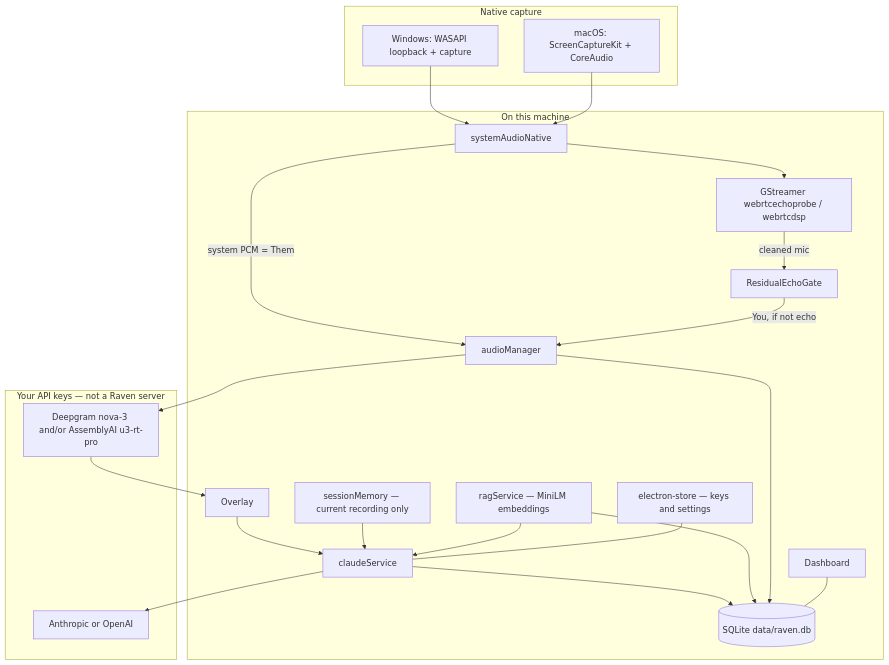
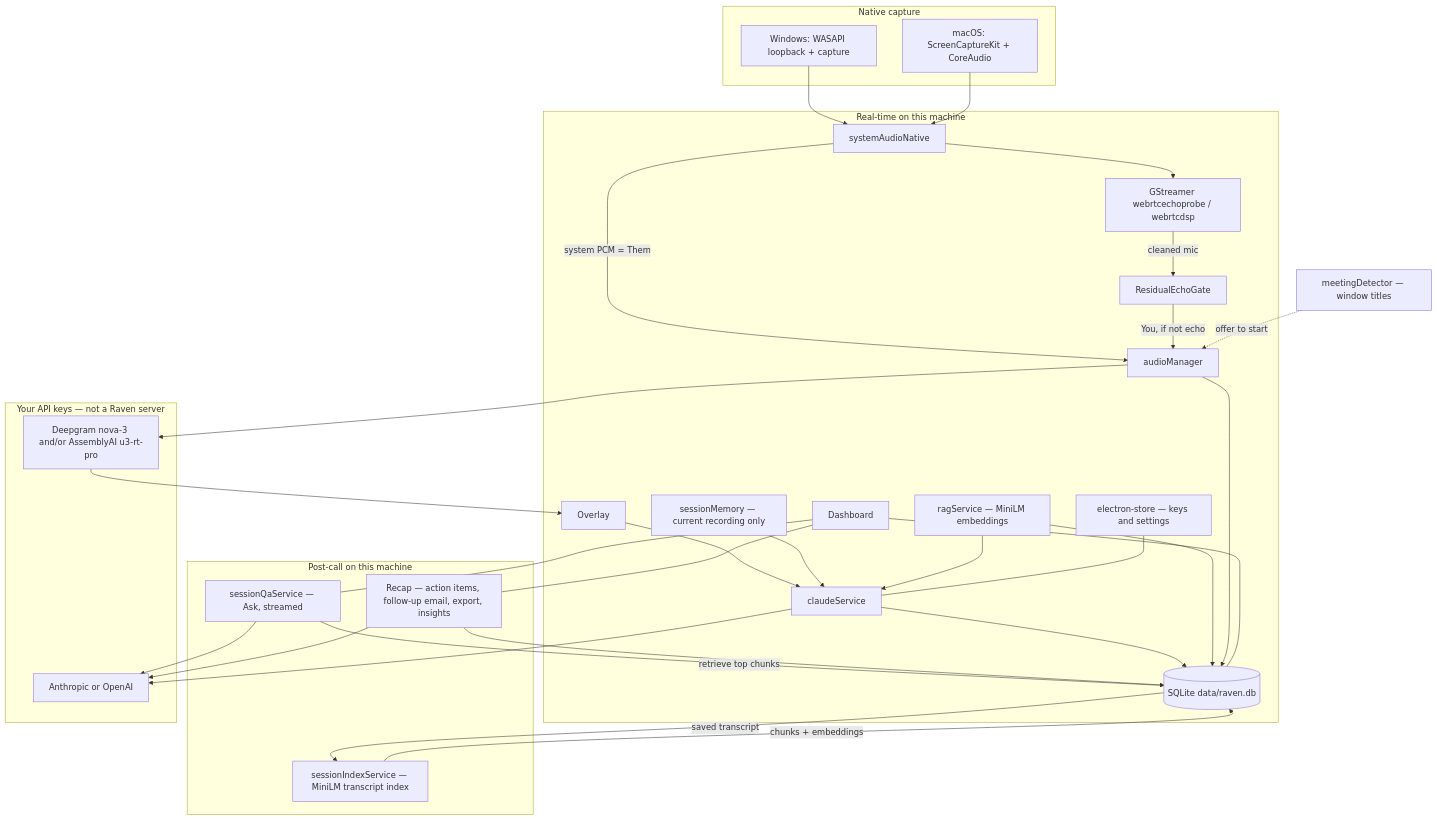
The diagram in README.md (Laxcorp-Research/project-raven), drawn with Mermaid before and after one commit. The commit also changed other lines of this file, not shown here.

Commit message:
docs(readme): document 2.4.x features and extend the architecture diagram
- Features: add Ask (per-session + across all, streamed, saved/multi-chat),
  post-call recap (action items, follow-up email, talk ratio, export), meeting
  auto-start, and in-app updates.
- Update behavior: note macOS self-updates in-app from 2.4.1 (like Windows).
- Architecture: extend the mermaid with the post-call layer (sessionIndexService
  MiniLM index, sessionQaService Ask, recap) and the meetingDetector auto-start
  edge; drop the stale static PNG that only showed capture. Add the Ask index /
  conversations rows to the memory table and the new services to the tree.

readmeAccuracy suite still green (7/7).

````diff
--- a/README.md
+++ b/README.md
@@ -119,44 +123,59 @@
 ```mermaid
 flowchart TB
   subgraph capture [Native capture]
     Win["Windows: WASAPI loopback + capture"]
     Mac["macOS: ScreenCaptureKit + CoreAudio"]
   end
 
-  subgraph local [On this machine]
+  subgraph local [Real-time on this machine]
     SAN[systemAudioNative]
     AEC["GStreamer webrtcechoprobe / webrtcdsp"]
     REG[ResidualEchoGate]
     AM[audioManager]
     RAG["ragService — MiniLM embeddings"]
     MEM["sessionMemory — current recording only"]
     CS[claudeService]
     DB[("SQLite data/raven.db")]
     CFG["electron-store — keys and settings"]
     OV[Overlay]
     Dash[Dashboard]
+  end
+
+  subgraph postcall [Post-call on this machine]
+    SIDX["sessionIndexService — MiniLM transcript index"]
+    SQA["sessionQaService — Ask, streamed"]
+    RECAP["Recap — action items, follow-up email, export, insights"]
   end
 
   subgraph byok [Your API keys — not a Raven server]
     STT["Deepgram nova-3 and/or AssemblyAI u3-rt-pro"]
     LLM[Anthropic or OpenAI]
   end
 
   Win --> SAN
   Mac --> SAN
   SAN -->|"system PCM = Them"| AM
   SAN --> AEC
   AEC -->|"cleaned mic"| REG
   REG -->|"You, if not echo"| AM
   AM --> STT
   STT --> OV
   OV --> CS
   MEM --> CS
   RAG --> CS
   CS --> LLM
   CS --> DB
   RAG --> DB
   AM --> DB
   CFG --- CS
   Dash --- DB
+  MD["meetingDetector — window titles"] -.->|"offer to start"| AM
+  DB -->|"saved transcript"| SIDX
+  SIDX -->|"chunks + embeddings"| DB
+  SQA -->|"retrieve top chunks"| DB
+  SQA --> LLM
+  RECAP --> DB
+  RECAP --> LLM
+  Dash --- SQA
+  Dash --- RECAP
 ```
````
